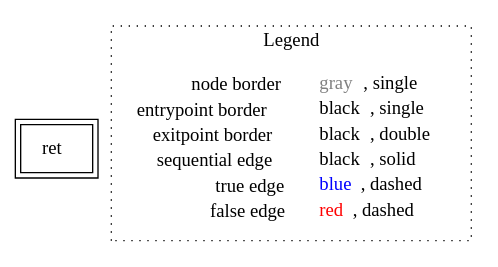
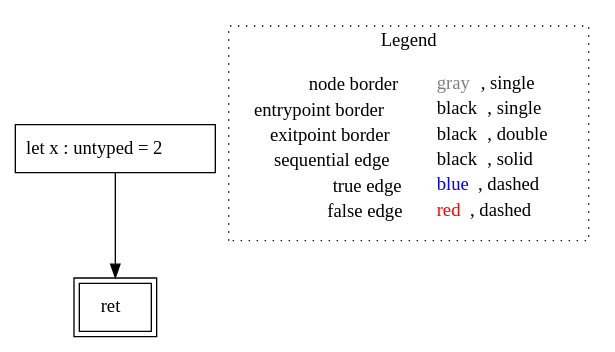
Before and after one commit to VincenzoArceri/rust-lisa: the diagram in rust-lisa/rust-testcases/cfg/struct-parsing/()_rust-testcases_cfg_struct-parsing_struct-parsing.rs.main().dot, drawn with Graphviz. The commit also changed 5 other files, not shown here.

```diff
--- a/rust-lisa/rust-testcases/cfg/struct-parsing/()_rust-testcases_cfg_struct-parsing_struct-parsing.rs.main().dot
+++ b/rust-lisa/rust-testcases/cfg/struct-parsing/()_rust-testcases_cfg_struct-parsing_struct-parsing.rs.main().dot
@@ -1,10 +1,12 @@
 digraph {
-	"node0" [shape="rect",color="black",peripheries="2",label=<ret>];
+	"node0" [shape="rect",color="black",label=<let x : untyped = 2>];
+	"node1" [shape="rect",color="black",peripheries="2",label=<ret>];
+	"node0" -> "node1" [color="black"];
 subgraph cluster_legend {
 	label="Legend";
 	style=dotted;
 	node [shape=plaintext];
 	"legend" [label=<<table border="0" cellpadding="2" cellspacing="0" cellborder="0"><tr><td align="right">node border&nbsp;</td><td align="left"><font color="gray">gray</font>, single</td></tr><tr><td align="right">entrypoint border&nbsp;</td><td align="left"><font color="black">black</font>, single</td></tr><tr><td align="right">exitpoint border&nbsp;</td><td align="left"><font color="black">black</font>, double</td></tr><tr><td align="right">sequential edge&nbsp;</td><td align="left"><font color="black">black</font>, solid</td></tr><tr><td align="right">true edge&nbsp;</td><td align="left"><font color="blue">blue</font>, dashed</td></tr><tr><td align="right">false edge&nbsp;</td><td align="left"><font color="red">red</font>, dashed</td></tr></table>>];
 }
 
 }
```
